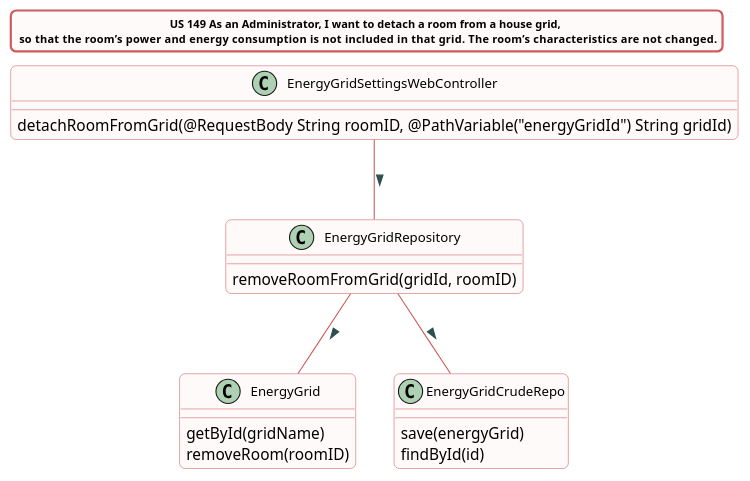
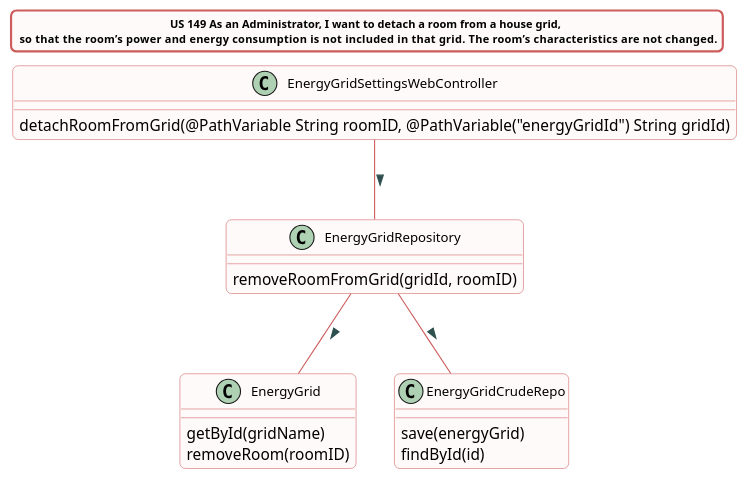
The diagram in src/doc/WEB_Controllers/EnergyGridSettings/US149/US149_cd_EnergyGridSettingsWebController.puml (Almadanmp/project), drawn with PlantUML before and after one commit. The commit also changed 5 other files, not shown here.

Commit message:
Refactors US149 sequence and class diagrams. Fixes US149 to receive the room ID as a path variable and not as body.

```diff
--- a/src/doc/WEB_Controllers/EnergyGridSettings/US149/US149_cd_EnergyGridSettingsWebController.puml
+++ b/src/doc/WEB_Controllers/EnergyGridSettings/US149/US149_cd_EnergyGridSettingsWebController.puml
@@ -1,52 +1,52 @@
 @startuml
 
 title US 149 As an Administrator, I want to detach a room from a house grid, \n so that the room’s power and energy  consumption  is  not  included  in  that  grid.  The  room’s characteristics are not changed.
 skinparam titleBorderRoundCorner 10
 skinparam titleBorderThickness 2
 skinparam titleBorderColor indianred
 skinparam titleBackgroundColor Snow
 skinparam FontName quicksand
 skinparam titleFontSize 10
 skinparam roundcorner 10
 
 
 skinparam class {
  BorderColor indianred
  BackgroundColor indianred
  BackgroundColor Snow
   roundcorner 10
   ArrowFontName Verdana
   ArrowColor indianred
   ArrowFontColor darkslategrey
   FontSize 12
 }
 
 class EnergyGridSettingsWebController
 class EnergyGridRepository
 class EnergyGrid
 class EnergyGridCrudeRepo
 
 EnergyGridSettingsWebController -- EnergyGridRepository : >
 EnergyGridRepository -- EnergyGrid : >
 EnergyGridRepository -- EnergyGridCrudeRepo : >
 
 class EnergyGridSettingsWebController {
-detachRoomFromGrid(@RequestBody String roomID, @PathVariable("energyGridId") String gridId)
+detachRoomFromGrid(@PathVariable String roomID, @PathVariable("energyGridId") String gridId)
 }
 
 class EnergyGridRepository{
 removeRoomFromGrid(gridId, roomID)
 }
 
 
 class EnergyGrid {
 getById(gridName)
 removeRoom(roomID)
 }
 
 class EnergyGridCrudeRepo{
 save(energyGrid)
 findById(id)
 }
 
 @enduml
```
